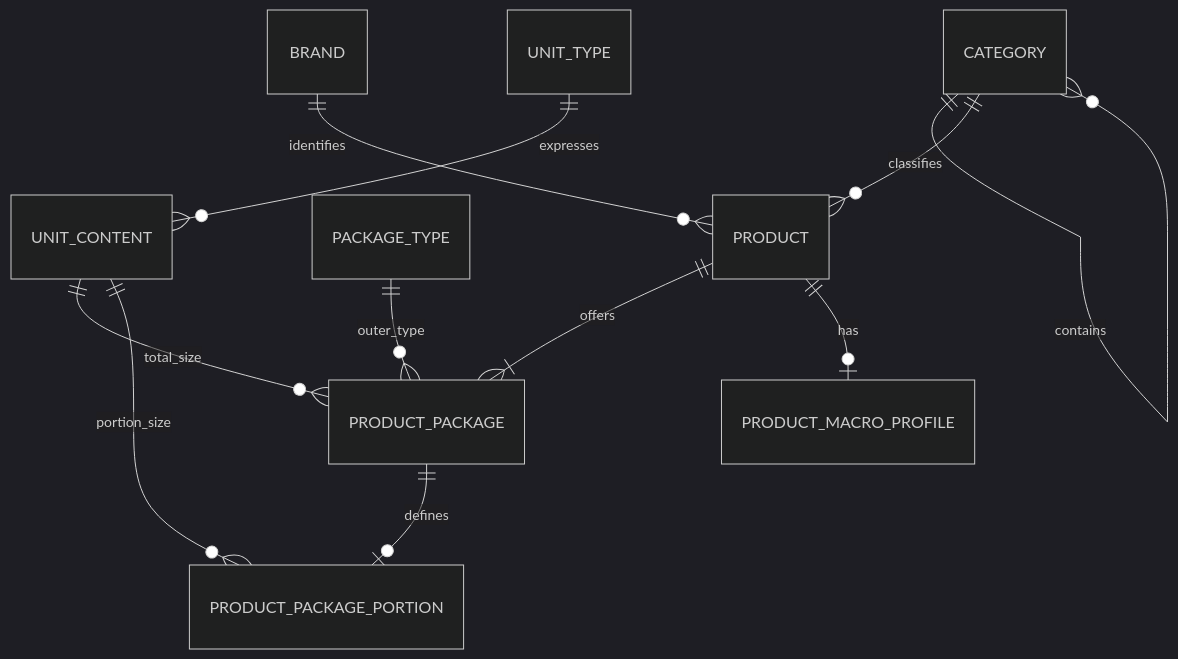
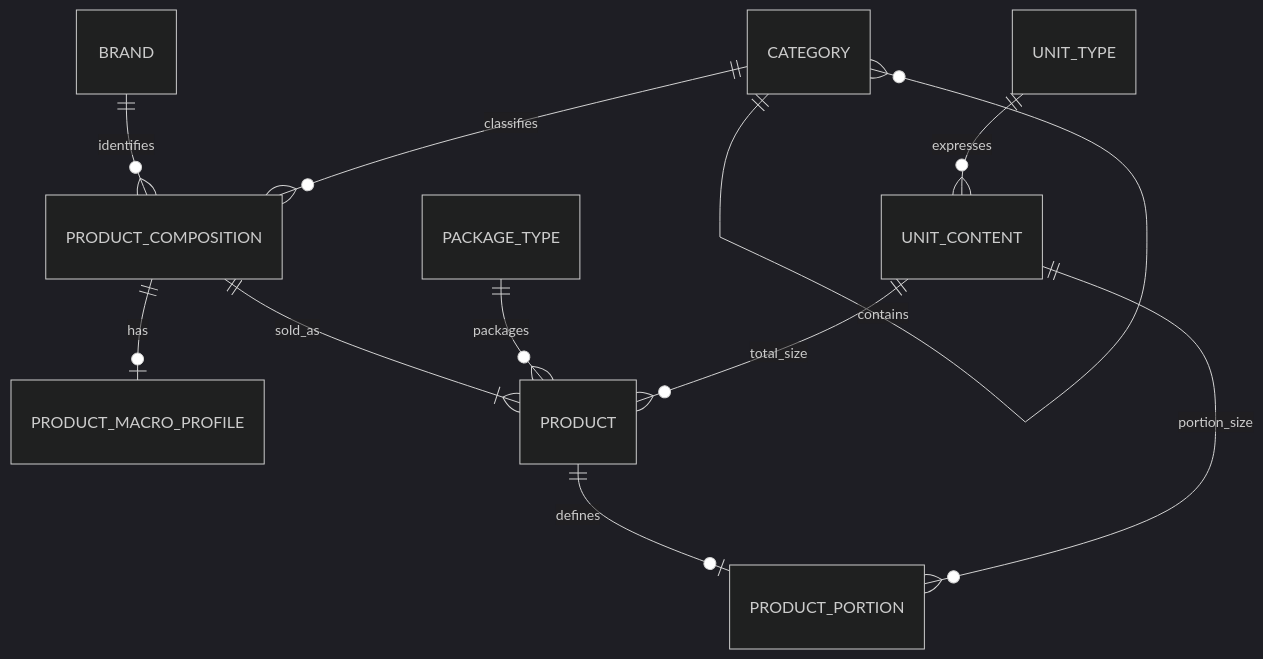
Before and after one commit to jefvanzanten/product-repos: the diagram in docs/backend/ERD/PRODUCT_ERD.md, drawn with Mermaid (dark theme). The commit also changed other lines of this file and 49 other files, not shown here.

````diff
--- a/docs/backend/ERD/PRODUCT_ERD.md
+++ b/docs/backend/ERD/PRODUCT_ERD.md
@@ -127,13 +116,13 @@
 ```mermaid
 erDiagram
-    BRAND ||--o{ PRODUCT : identifies
+    BRAND ||--o{ PRODUCT_COMPOSITION : identifies
     CATEGORY ||--o{ CATEGORY : contains
-    CATEGORY ||--o{ PRODUCT : classifies
-    PRODUCT ||--|{ PRODUCT_PACKAGE : offers
-    PRODUCT ||--o| PRODUCT_MACRO_PROFILE : has
-    PRODUCT_PACKAGE ||--o| PRODUCT_PACKAGE_PORTION : defines
-    PACKAGE_TYPE ||--o{ PRODUCT_PACKAGE : outer_type
+    CATEGORY ||--o{ PRODUCT_COMPOSITION : classifies
+    PRODUCT_COMPOSITION ||--o| PRODUCT_MACRO_PROFILE : has
+    PRODUCT_COMPOSITION ||--|{ PRODUCT : sold_as
+    PRODUCT ||--o| PRODUCT_PORTION : defines
+    PACKAGE_TYPE ||--o{ PRODUCT : packages
     UNIT_TYPE ||--o{ UNIT_CONTENT : expresses
-    UNIT_CONTENT ||--o{ PRODUCT_PACKAGE : total_size
-    UNIT_CONTENT ||--o{ PRODUCT_PACKAGE_PORTION : portion_size
+    UNIT_CONTENT ||--o{ PRODUCT : total_size
+    UNIT_CONTENT ||--o{ PRODUCT_PORTION : portion_size
 ```
````
